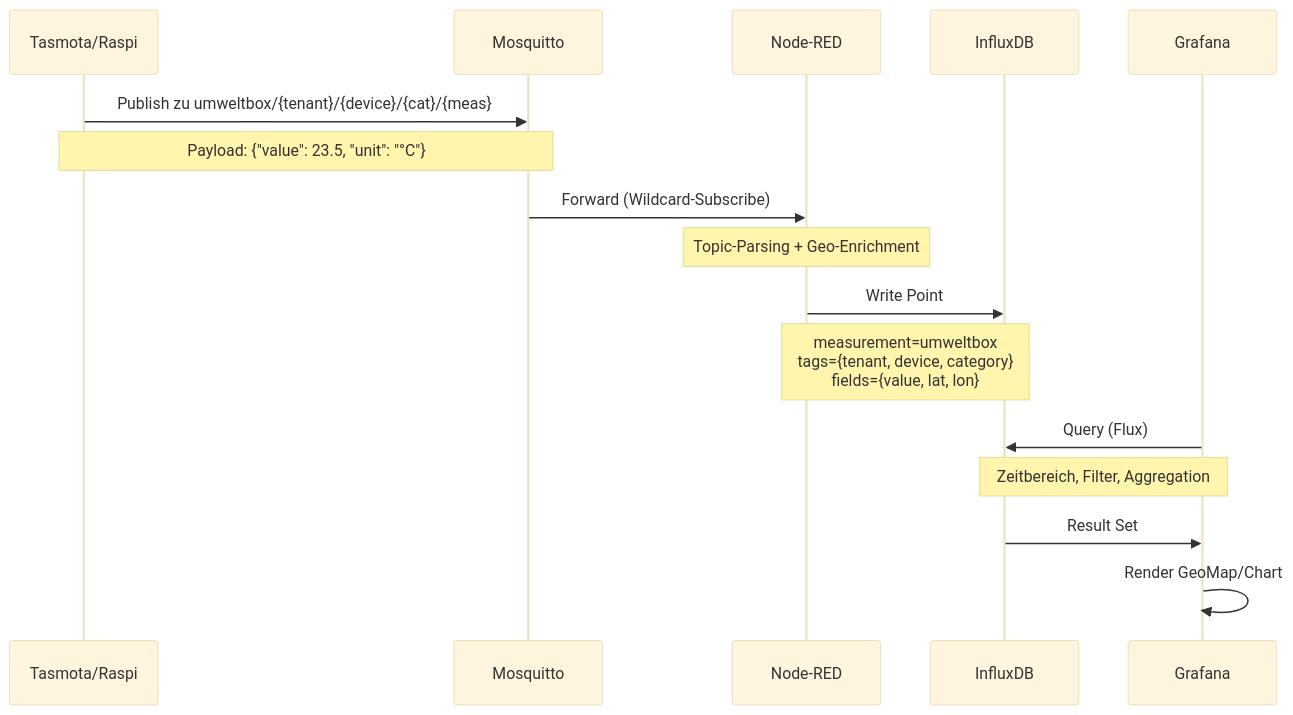
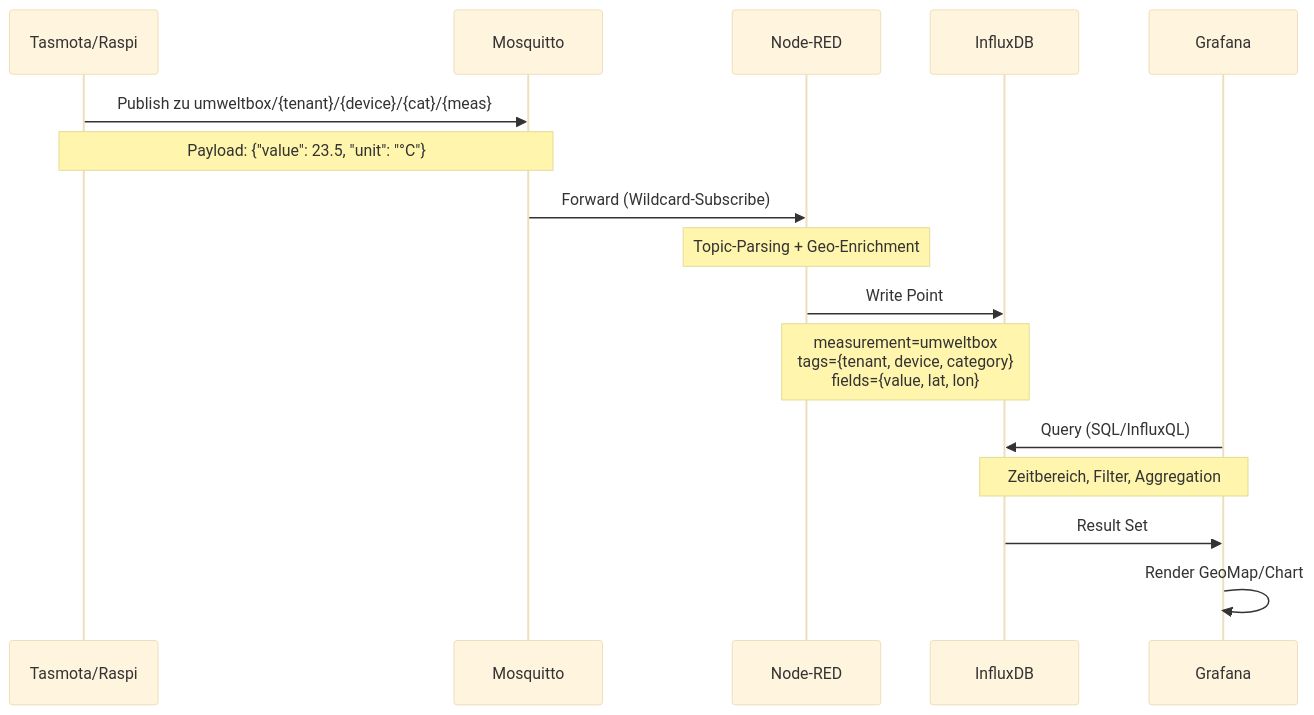
One commit to MintFV/Datenhalde changed the second of 3 diagrams in docs/Projekt-Meta-Doku/02_Architektur_Uebersicht.md. Above: the diagram before and after it, drawn with Mermaid (base theme). The commit also changed other lines of this file and 9 other files, not shown here.

````diff
--- a/docs/Projekt-Meta-Doku/02_Architektur_Uebersicht.md
+++ b/docs/Projekt-Meta-Doku/02_Architektur_Uebersicht.md
@@ -58,23 +58,23 @@
 ```mermaid
 sequenceDiagram
     participant Sensor as Tasmota/Raspi
     participant MQTT as Mosquitto
     participant NodeRED as Node-RED
     participant InfluxDB as InfluxDB
     participant Grafana as Grafana
     
     Sensor->>MQTT: Publish zu umweltbox/{tenant}/{device}/{cat}/{meas}
     Note over Sensor,MQTT: Payload: {"value": 23.5, "unit": "°C"}
     
     MQTT->>NodeRED: Forward (Wildcard-Subscribe)
     Note over NodeRED: Topic-Parsing + Geo-Enrichment
     
     NodeRED->>InfluxDB: Write Point
     Note over NodeRED,InfluxDB: measurement=umweltbox<br/>tags={tenant, device, category}<br/>fields={value, lat, lon}
     
-    Grafana->>InfluxDB: Query (Flux)
+    Grafana->>InfluxDB: Query (SQL/InfluxQL)
     Note over Grafana,InfluxDB: Zeitbereich, Filter, Aggregation
     
     InfluxDB->>Grafana: Result Set
     Grafana->>Grafana: Render GeoMap/Chart
 ```
````
